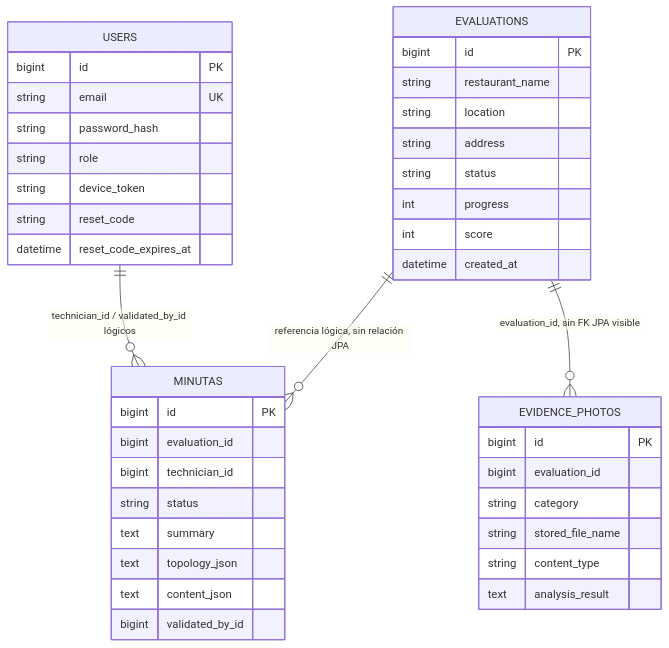
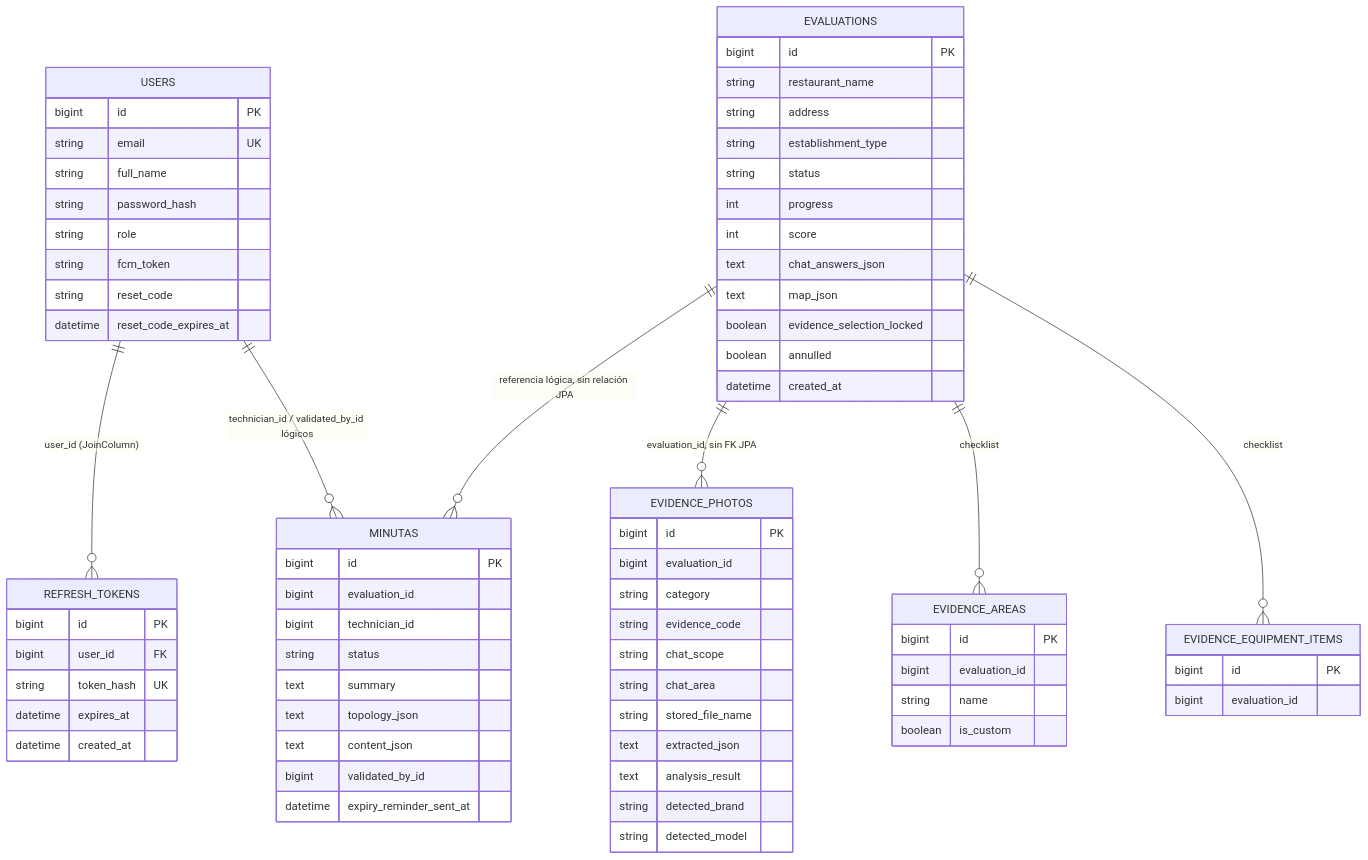
The second of 2 diagrams in docs/architecture/architecture-detailed.md (jagarell/AsistenteRedIDBI), drawn with Mermaid before and after one commit. The commit also changed other lines of this file and 14 other files, not shown here.

````diff
--- a/docs/architecture/architecture-detailed.md
+++ b/docs/architecture/architecture-detailed.md
@@ -133,44 +150,75 @@
 ```mermaid
 erDiagram
     USERS {
         bigint id PK
         string email UK
+        string full_name
         string password_hash
         string role
-        string device_token
+        string fcm_token
         string reset_code
         datetime reset_code_expires_at
+    }
+    REFRESH_TOKENS {
+        bigint id PK
+        bigint user_id FK
+        string token_hash UK
+        datetime expires_at
+        datetime created_at
     }
     EVALUATIONS {
         bigint id PK
         string restaurant_name
-        string location
         string address
+        string establishment_type
         string status
         int progress
         int score
+        text chat_answers_json
+        text map_json
+        boolean evidence_selection_locked
+        boolean annulled
         datetime created_at
     }
     MINUTAS {
         bigint id PK
         bigint evaluation_id
         bigint technician_id
         string status
         text summary
         text topology_json
         text content_json
         bigint validated_by_id
+        datetime expiry_reminder_sent_at
     }
     EVIDENCE_PHOTOS {
         bigint id PK
         bigint evaluation_id
         string category
+        string evidence_code
+        string chat_scope
+        string chat_area
         string stored_file_name
-        string content_type
+        text extracted_json
         text analysis_result
+        string detected_brand
+        string detected_model
+    }
+    EVIDENCE_AREAS {
+        bigint id PK
+        bigint evaluation_id
+        string name
+        boolean is_custom
+    }
+    EVIDENCE_EQUIPMENT_ITEMS {
+        bigint id PK
+        bigint evaluation_id
     }
 
+    USERS ||--o{ REFRESH_TOKENS : "user_id (JoinColumn)"
     EVALUATIONS ||--o{ MINUTAS : "referencia lógica, sin relación JPA"
-    EVALUATIONS ||--o{ EVIDENCE_PHOTOS : "evaluation_id, sin FK JPA visible"
+    EVALUATIONS ||--o{ EVIDENCE_PHOTOS : "evaluation_id, sin FK JPA"
+    EVALUATIONS ||--o{ EVIDENCE_AREAS : "checklist"
+    EVALUATIONS ||--o{ EVIDENCE_EQUIPMENT_ITEMS : "checklist"
     USERS ||--o{ MINUTAS : "technician_id / validated_by_id lógicos"
 ```
````
